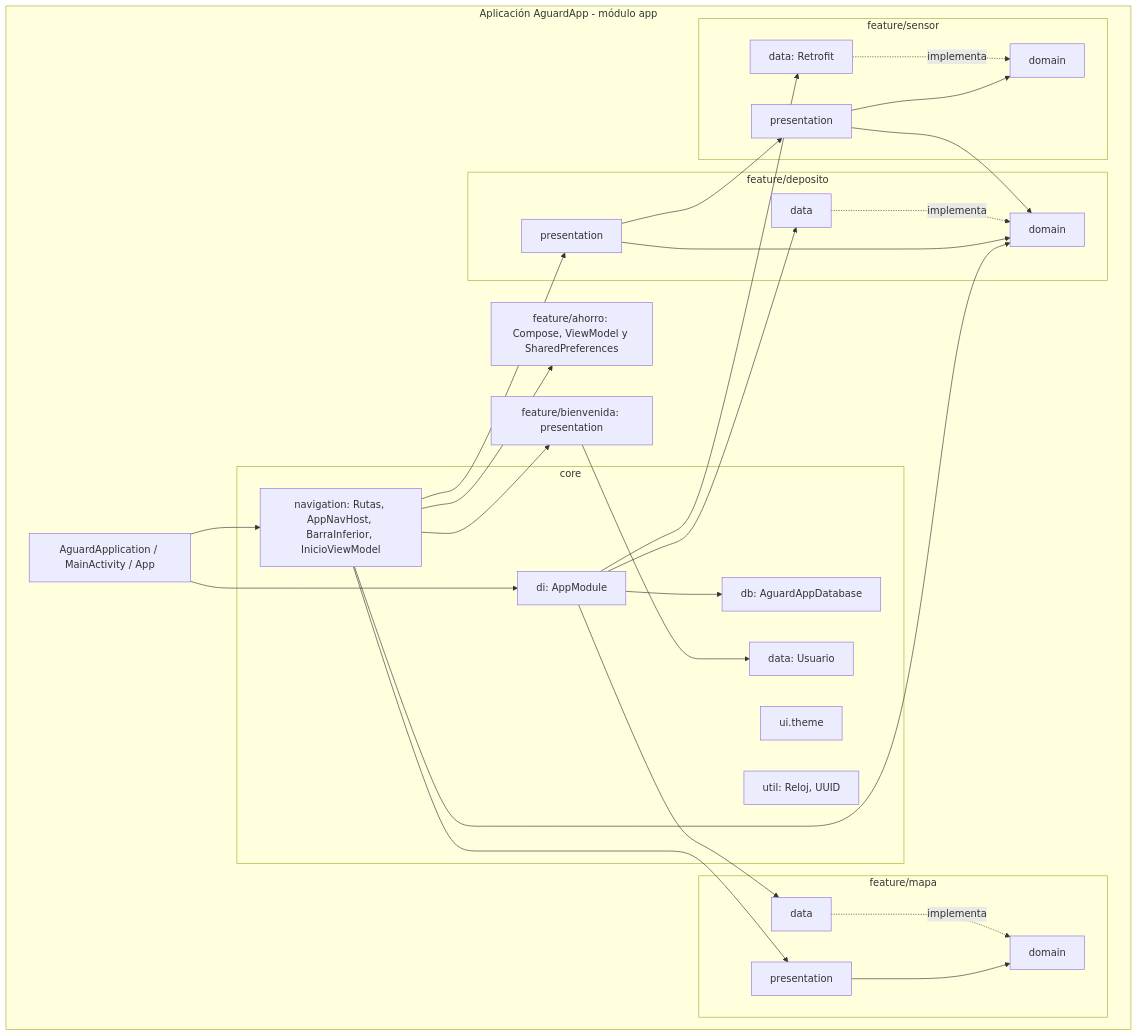
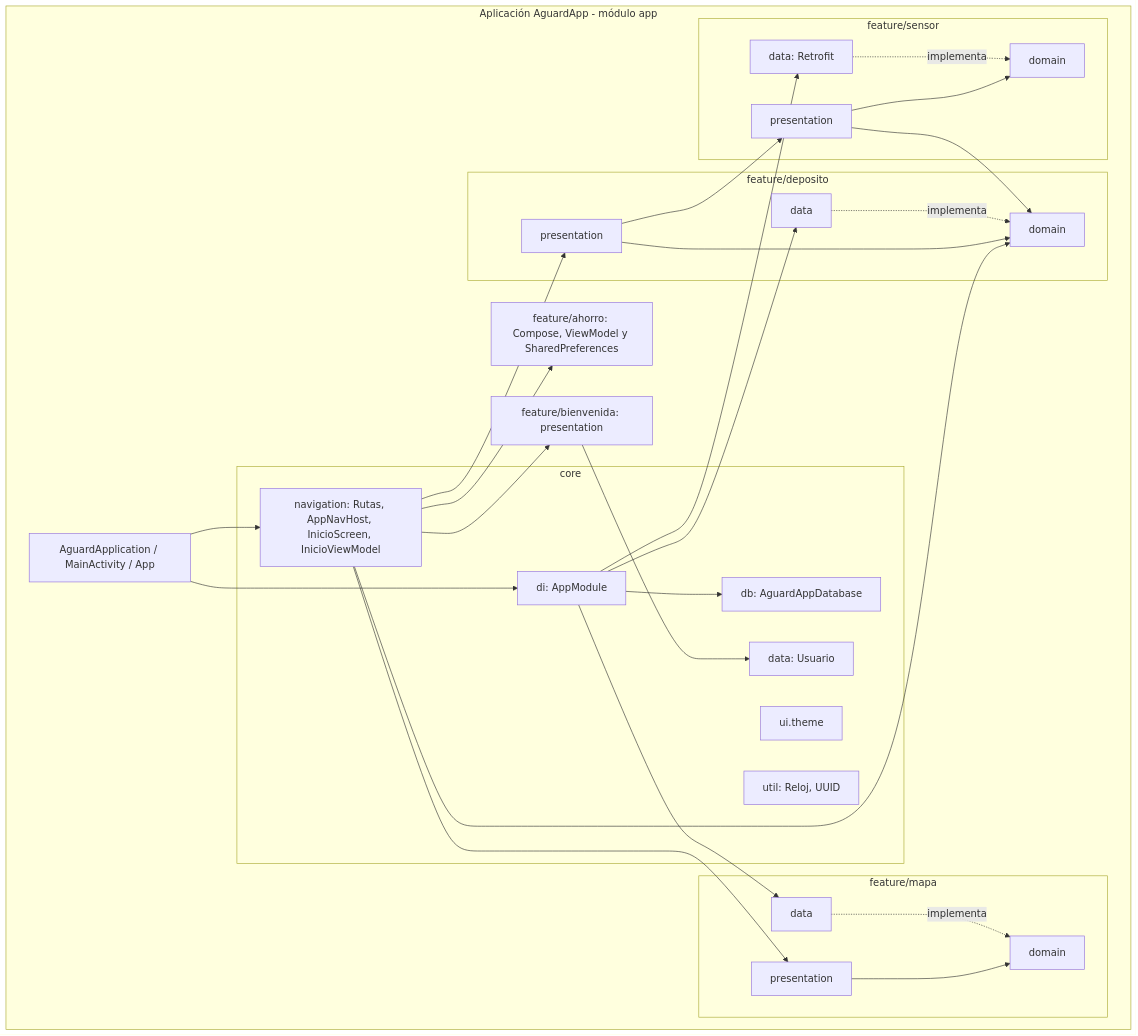
The third of 22 diagrams in informes/FD04-SAD.md (Cristhian465/Aguarda), drawn with Mermaid before and after one commit. The commit also changed other lines of this file and 33 other files, not shown here.

````diff
--- a/informes/FD04-SAD.md
+++ b/informes/FD04-SAD.md
@@ -161,52 +161,52 @@
 ```mermaid
 flowchart TB
   subgraph APP[Aplicación AguardApp - módulo app]
     MAIN[AguardApplication / MainActivity / App]
     subgraph CORE[core]
-      NAV[navigation: Rutas, AppNavHost, BarraInferior, InicioViewModel]
+      NAV[navigation: Rutas, AppNavHost, InicioScreen, InicioViewModel]
       DI[di: AppModule]
       DB[db: AguardAppDatabase]
       DATA[data: Usuario]
       THEME[ui.theme]
       UTIL[util: Reloj, UUID]
     end
     BIEN[feature/bienvenida: presentation]
     AHORRO[feature/ahorro: Compose, ViewModel y SharedPreferences]
     subgraph DEP[feature/deposito]
       PRES[presentation]
       DOM[domain]
       DAT[data]
     end
     subgraph MAPA[feature/mapa]
       MPRES[presentation]
       MDOM[domain]
       MDAT[data]
     end
     subgraph SEN[feature/sensor]
       SPRES[presentation]
       SDOM[domain]
       SDAT[data: Retrofit]
     end
 
     MAIN --> NAV
     MAIN --> DI
     NAV --> BIEN
     NAV --> AHORRO
     NAV --> PRES
     NAV --> DOM
     NAV --> MPRES
     PRES --> DOM
     DAT -. implementa .-> DOM
     MPRES --> MDOM
     MDAT -. implementa .-> MDOM
     PRES --> SPRES
     SPRES --> SDOM
     SPRES --> DOM
     SDAT -. implementa .-> SDOM
     DI --> DB
     DI --> DAT
     DI --> MDAT
     DI --> SDAT
     BIEN --> DATA
   end
 ```
````
